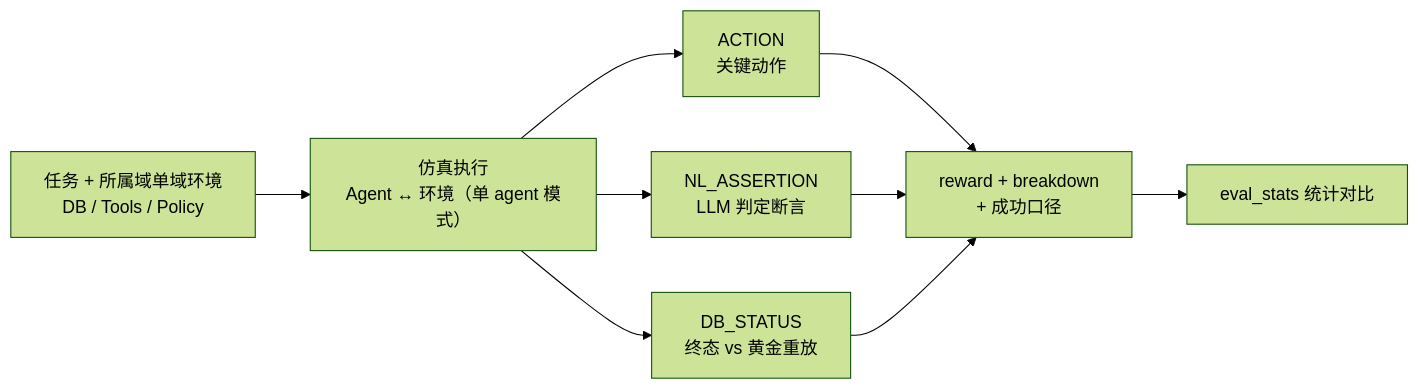
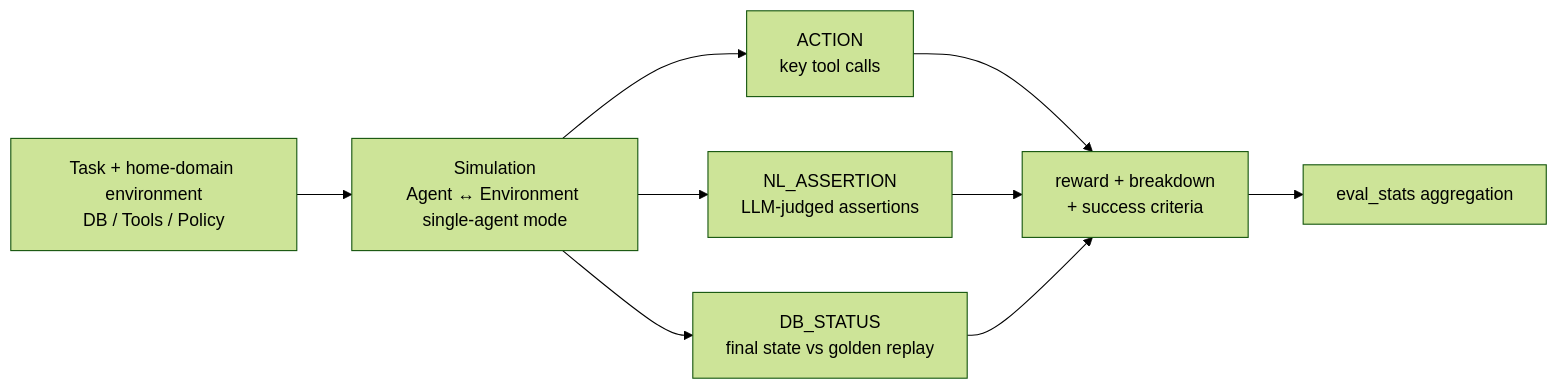
Before and after one commit to Leozyu/OfficePrism: the diagram in README.md, drawn with Mermaid (forest theme). The commit also changed other lines of this file, not shown here.

````diff
--- a/README.md
+++ b/README.md
@@ -129,11 +131,11 @@
 ```mermaid
 flowchart LR
-  A[任务 + 所属域单域环境<br/>DB / Tools / Policy] --> B[仿真执行<br/>Agent ↔ 环境（单 agent 模式）]
-  B --> C[ACTION<br/>关键动作]
-  B --> D[NL_ASSERTION<br/>LLM 判定断言]
-  B --> E[DB_STATUS<br/>终态 vs 黄金重放]
-  C --> F[reward + breakdown<br/>+ 成功口径]
+  A[Task + home-domain environment<br/>DB / Tools / Policy] --> B[Simulation<br/>Agent ↔ Environment single-agent mode]
+  B --> C[ACTION<br/>key tool calls]
+  B --> D[NL_ASSERTION<br/>LLM-judged assertions]
+  B --> E[DB_STATUS<br/>final state vs golden replay]
+  C --> F[reward + breakdown<br/>+ success criteria]
   D --> F
   E --> F
-  F --> G[eval_stats 统计对比]
+  F --> G[eval_stats aggregation]
 ```
````
